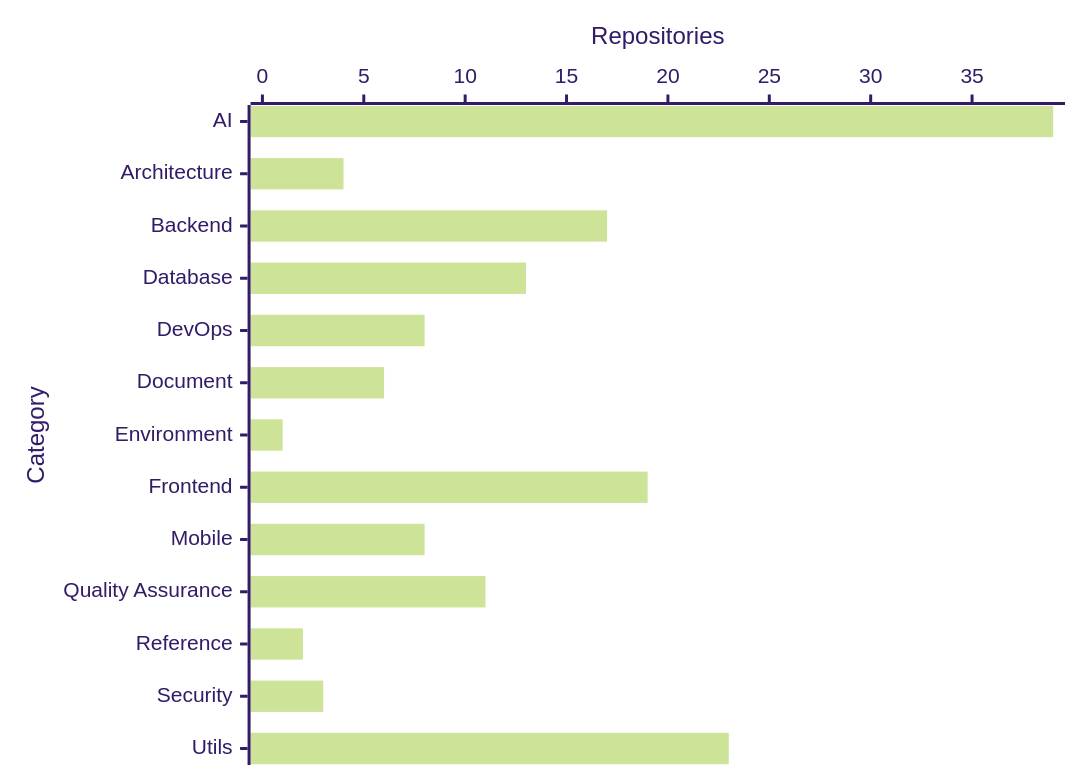
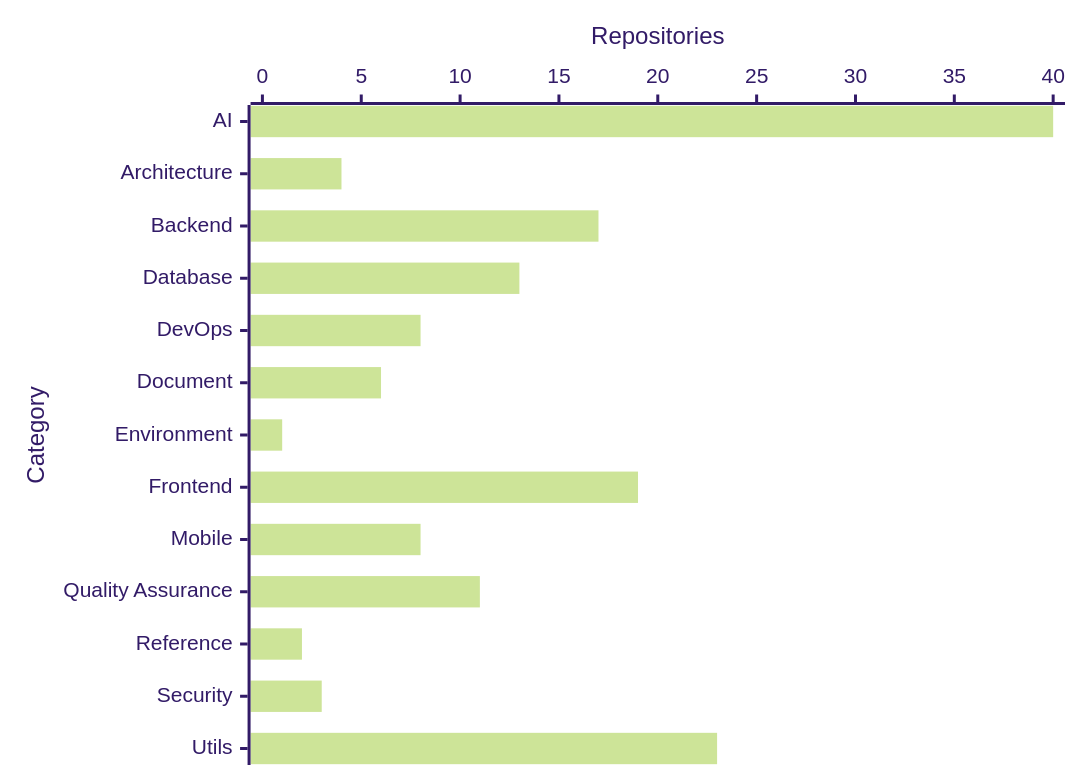
Before and after one commit to prawee/resource: the diagram in README.md, drawn with Mermaid (forest theme). The commit also changed other lines of this file, not shown here.

````diff
--- a/README.md
+++ b/README.md
@@ -11,6 +11,6 @@
 ```mermaid
 xychart-beta horizontal
     x-axis "Category" ["AI", "Architecture", "Backend", "Database", "DevOps", "Document", "Environment", "Frontend", "Mobile", "Quality Assurance", "Reference", "Security", "Utils"]
-    y-axis "Repositories" 0 --> 39
-    bar [39, 4, 17, 13, 8, 6, 1, 19, 8, 11, 2, 3, 23]
+    y-axis "Repositories" 0 --> 40
+    bar [40, 4, 17, 13, 8, 6, 1, 19, 8, 11, 2, 3, 23]
 ```
````
